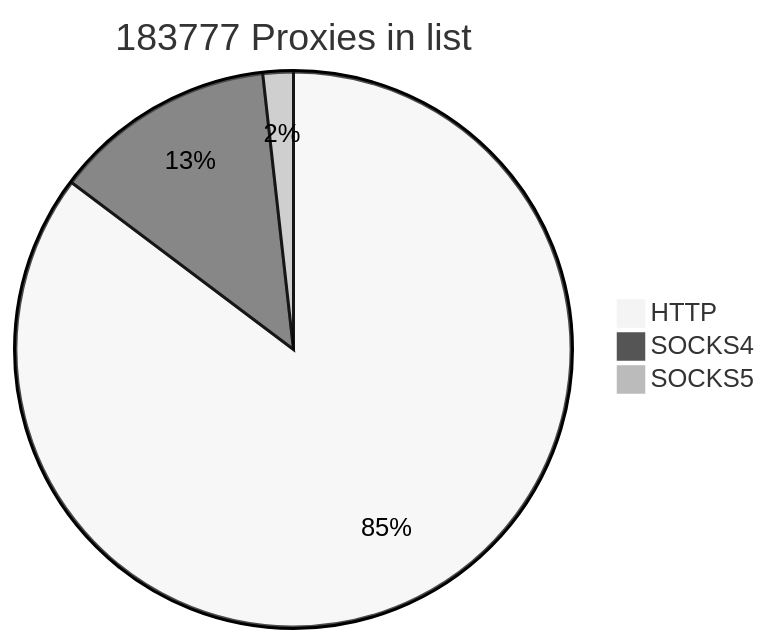
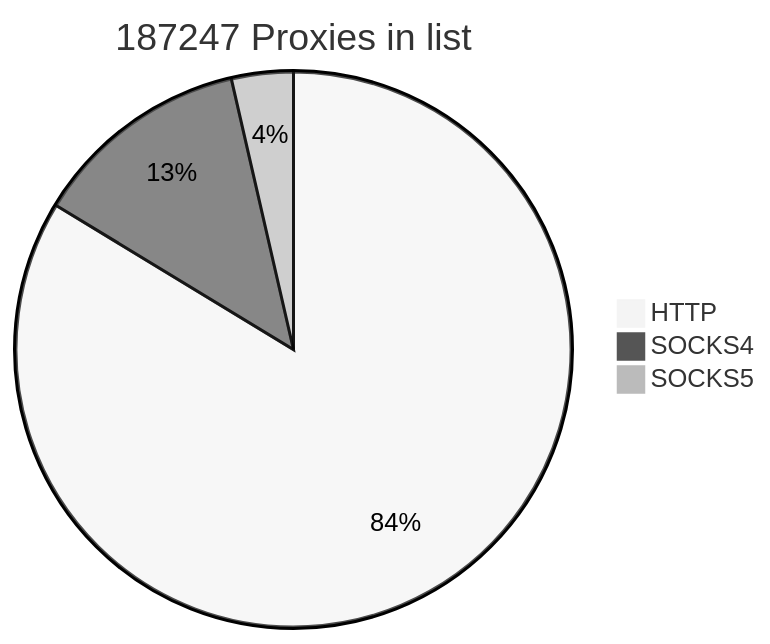
One commit to cutipu/proxylist changed the first of 2 diagrams in README.md. Above: the diagram before and after it, drawn with Mermaid (neutral theme). The commit also changed other lines of this file, not shown here.

````diff
--- a/README.md
+++ b/README.md
@@ -2,7 +2,7 @@
 ```mermaid
-pie title 183777 Proxies in list
-    "HTTP" : 156705
-    "SOCKS4" : 23820
-    "SOCKS5" : 3252
+pie title 187247 Proxies in list
+    "HTTP" : 156701
+    "SOCKS4" : 23819
+    "SOCKS5" : 6727
             
 ```
````
